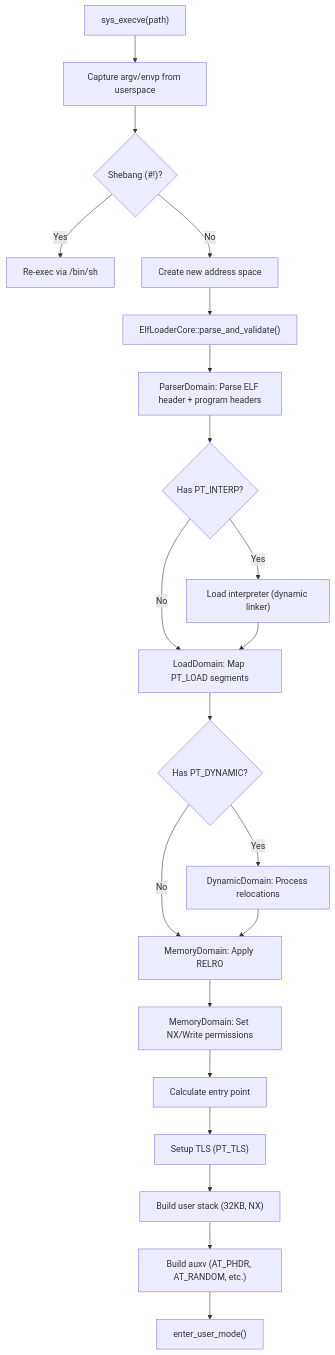
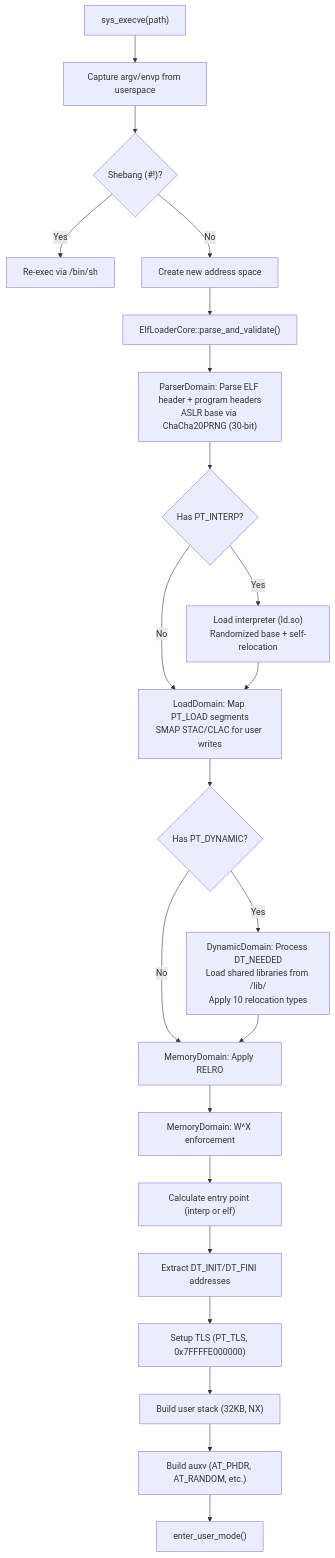
The first of 2 diagrams in Docs/Domains/elf-loader.md (KitsuneBSD/FKernel), drawn with Mermaid before and after one commit. The commit also changed other lines of this file and 15 other files, not shown here.

Commit message:
docs: update TODO.md and architecture documentation for session 12

````diff
--- a/Docs/Domains/elf-loader.md
+++ b/Docs/Domains/elf-loader.md
@@ -9,23 +9,24 @@
 ```mermaid
 flowchart TD
     A["sys_execve(path)"] --> B["Capture argv/envp from userspace"]
     B --> C{"Shebang (#!)?"}
     C -->|Yes| D["Re-exec via /bin/sh"]
     C -->|No| E["Create new address space"]
     E --> F["ElfLoaderCore::parse_and_validate()"]
-    F --> G["ParserDomain: Parse ELF header + program headers"]
+    F --> G["ParserDomain: Parse ELF header + program headers<br/>ASLR base via ChaCha20PRNG (30-bit)"]
     G --> H{"Has PT_INTERP?"}
-    H -->|Yes| I["Load interpreter (dynamic linker)"]
-    H -->|No| J["LoadDomain: Map PT_LOAD segments"]
+    H -->|Yes| I["Load interpreter (ld.so)<br/>Randomized base + self-relocation"]
+    H -->|No| J["LoadDomain: Map PT_LOAD segments<br/>SMAP STAC/CLAC for user writes"]
     I --> J
     J --> K{"Has PT_DYNAMIC?"}
-    K -->|Yes| L["DynamicDomain: Process relocations"]
+    K -->|Yes| L["DynamicDomain: Process DT_NEEDED<br/>Load shared libraries from /lib/<br/>Apply 10 relocation types"]
     K -->|No| M["MemoryDomain: Apply RELRO"]
     L --> M
-    M --> N["MemoryDomain: Set NX/Write permissions"]
-    N --> O["Calculate entry point"]
-    O --> P["Setup TLS (PT_TLS)"]
-    P --> Q["Build user stack (32KB, NX)"]
-    Q --> R["Build auxv (AT_PHDR, AT_RANDOM, etc.)"]
-    R --> S["enter_user_mode()"]
+    M --> N["MemoryDomain: W^X enforcement"]
+    N --> O["Calculate entry point (interp or elf)"]
+    O --> P["Extract DT_INIT/DT_FINI addresses"]
+    P --> Q["Setup TLS (PT_TLS, 0x7FFFFE000000)"]
+    Q --> R["Build user stack (32KB, NX)"]
+    R --> S["Build auxv (AT_PHDR, AT_RANDOM, etc.)"]
+    S --> T["enter_user_mode()"]
 ```
````
